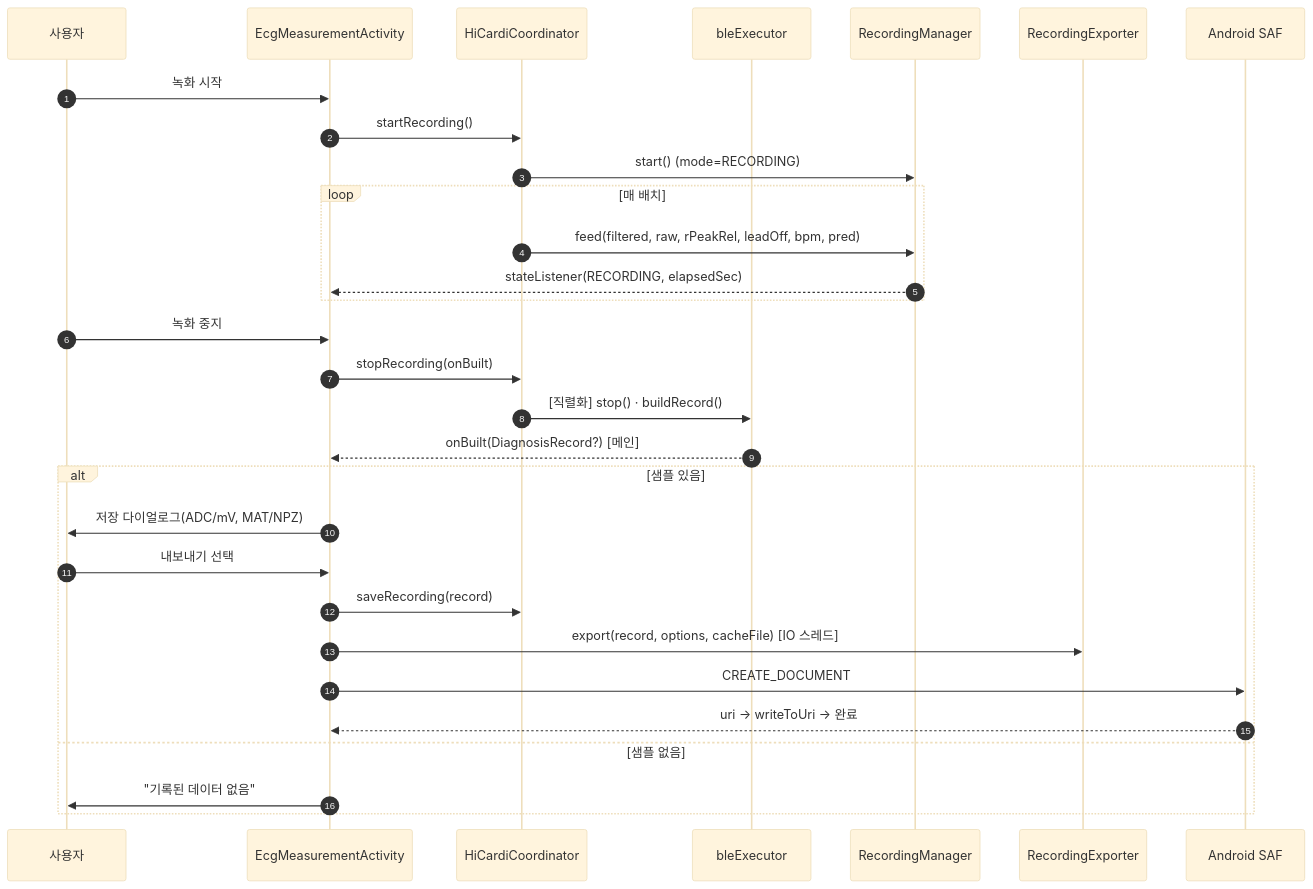
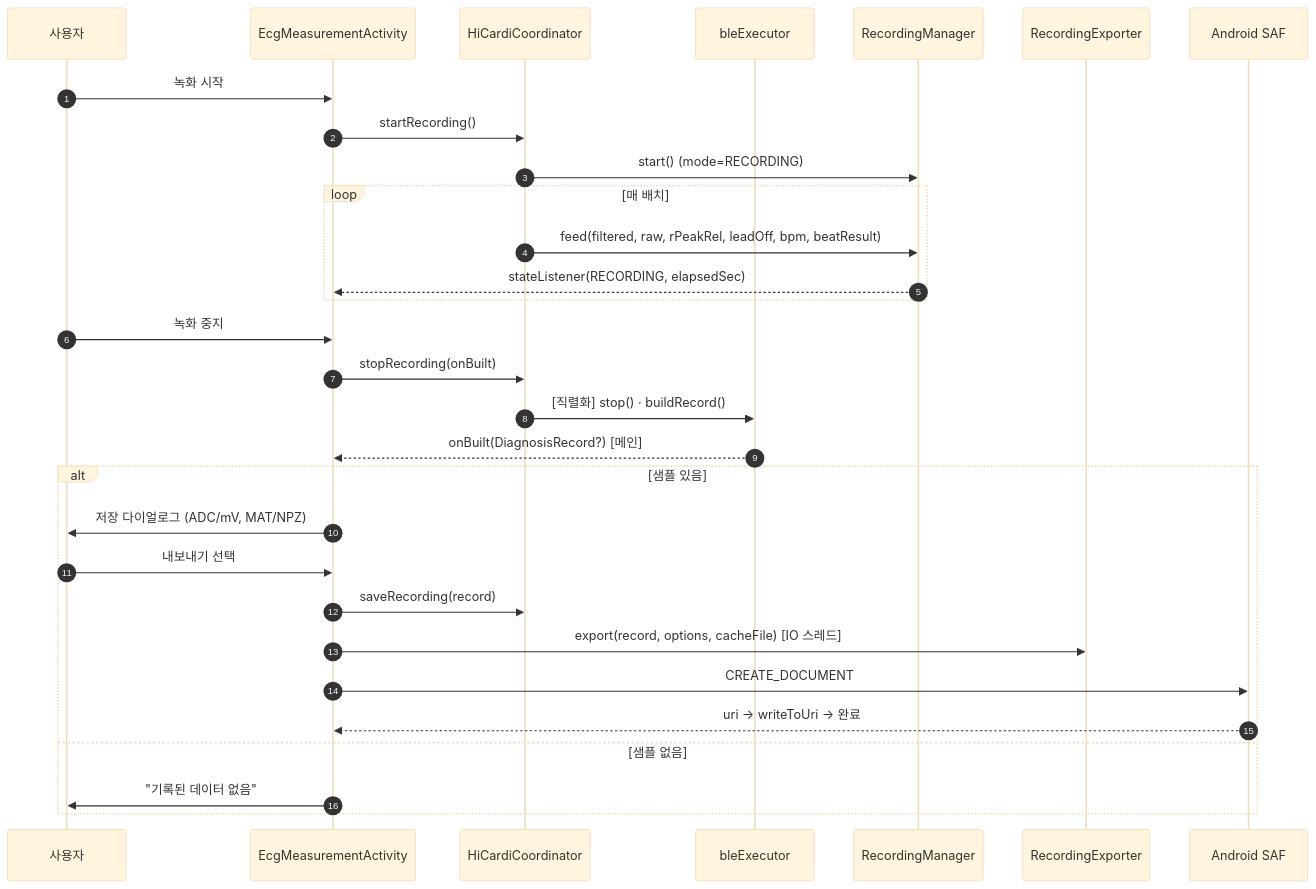
Before and after one commit to h4xryu/ECG-Realtime-monitor: the seventh of 12 diagrams in docs/DESIGN_SPEC.md, drawn with Mermaid (base theme). The commit also changed other lines of this file, not shown here.

````diff
--- a/docs/DESIGN_SPEC.md
+++ b/docs/DESIGN_SPEC.md
@@ -360,33 +556,33 @@
 ```mermaid
 sequenceDiagram
   autonumber
   participant U as 사용자
   participant F as EcgMeasurementActivity
   participant C as HiCardiCoordinator
   participant EX as bleExecutor
   participant RM as RecordingManager
   participant RX as RecordingExporter
   participant SAF as Android SAF
 
   U->>F: 녹화 시작
   F->>C: startRecording()
   C->>RM: start() (mode=RECORDING)
   loop 매 배치
-    C->>RM: feed(filtered, raw, rPeakRel, leadOff, bpm, pred)
+    C->>RM: feed(filtered, raw, rPeakRel, leadOff, bpm, beatResult)
     RM-->>F: stateListener(RECORDING, elapsedSec)
   end
   U->>F: 녹화 중지
   F->>C: stopRecording(onBuilt)
   C->>EX: [직렬화] stop() · buildRecord()
   EX-->>F: onBuilt(DiagnosisRecord?) [메인]
   alt 샘플 있음
-    F->>U: 저장 다이얼로그(ADC/mV, MAT/NPZ)
+    F->>U: 저장 다이얼로그 (ADC/mV, MAT/NPZ)
     U->>F: 내보내기 선택
     F->>C: saveRecording(record)
     F->>RX: export(record, options, cacheFile) [IO 스레드]
     F->>SAF: CREATE_DOCUMENT
     SAF-->>F: uri → writeToUri → 완료
   else 샘플 없음
     F->>U: "기록된 데이터 없음"
   end
 ```
````
